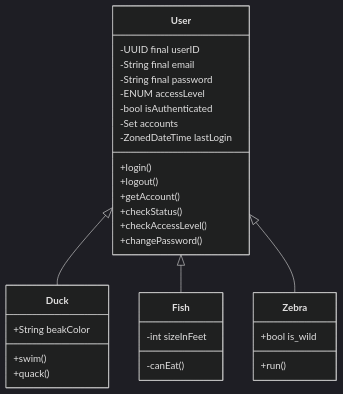
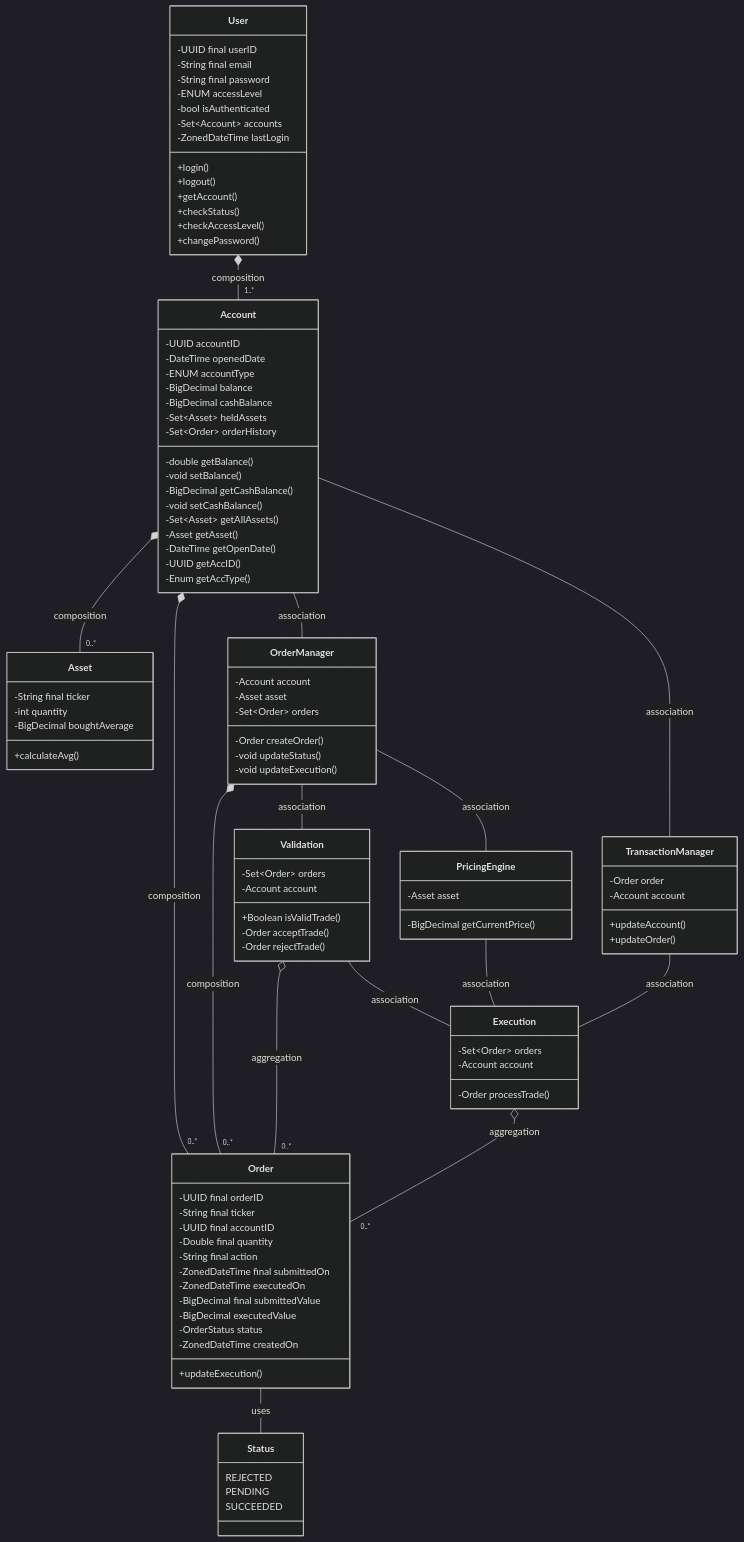
The diagram in diagrams/classes.mmd (monkey-business-stonks/monkey-business), drawn with Mermaid before and after one commit.

Commit message:
Completed Class Diagram

```diff
--- a/diagrams/classes.mmd
+++ b/diagrams/classes.mmd
@@ -1,41 +1,119 @@
 ---
 config:
     theme: dark
 ---
 classDiagram
-    %% Animal <|-- Duck
-    %% Animal <|-- Fish
-    %% Animal <|-- Zebra
-    %% Animal : +int age
-    %% Animal : +String gender
-    %% Animal: +isMammal()
-    %% Animal: +mate()
-    User <|-- Duck
-    User <|-- Fish
-    User <|-- Zebra
-    User : -UUID final userID
-    User : -String final email
-    User : -String final password
-    User : -ENUM accessLevel
-    User : -bool isAuthenticated
-    User : -Set<Account> accounts
-    User : -ZonedDateTime lastLogin
-    User : +login()
-    User : +logout()
-    User : +getAccount()
-    User : +checkStatus()
-    User : +checkAccessLevel()
-    User : +changePassword()
-    class Duck{
-      +String beakColor
-      +swim()
-      +quack()
+    %% Classes
+    class User {
+      -UUID final userID
+      -String final email
+      -String final password
+      -ENUM accessLevel
+      -bool isAuthenticated
+      -Set~Account~ accounts
+      -ZonedDateTime lastLogin
+      +login()
+      +logout()
+      +getAccount()
+      +checkStatus()
+      +checkAccessLevel()
+      +changePassword()
     }
-    class Fish{
-      -int sizeInFeet
-      -canEat()
+    
+    class Asset {
+      -String final ticker
+      -int quantity
+      -BigDecimal boughtAverage
+      +calculateAvg()
     }
-    class Zebra{
-      +bool is_wild
-      +run()
+    
+    class Account {
+      -UUID accountID
+      -DateTime openedDate
+      -ENUM accountType
+      -BigDecimal balance
+      -BigDecimal cashBalance
+      -Set~Asset~ heldAssets
+      -Set~Order~ orderHistory
+      -double getBalance()
+      -void setBalance()
+      -BigDecimal getCashBalance()
+      -void setCashBalance()
+      -Set~Asset~ getAllAssets()
+      -Asset getAsset()
+      -DateTime getOpenDate()
+      -UUID getAccID()
+      -Enum getAccType()
     }
+    
+    class Order {
+      -UUID final orderID
+      -String final ticker
+      -UUID final accountID
+      -Double final quantity
+      -String final action
+      -ZonedDateTime final submittedOn
+      -ZonedDateTime executedOn
+      -BigDecimal final submittedValue
+      -BigDecimal executedValue
+      -OrderStatus status
+      -ZonedDateTime createdOn
+      +updateExecution()
+    }
+    
+    class Status {
+      REJECTED
+      PENDING
+      SUCCEEDED
+    }
+    
+    class PricingEngine {
+      -Asset asset
+      -BigDecimal getCurrentPrice()
+    }
+    
+    class Validation {
+      -Set~Order~ orders
+      -Account account
+      +Boolean isValidTrade()
+      -Order acceptTrade()
+      -Order rejectTrade()
+    }
+    
+    class Execution {
+      -Set~Order~ orders
+      -Account account
+      -Order processTrade()
+    }
+    
+    class OrderManager {
+      -Account account
+      -Asset asset
+      -Set~Order~ orders
+      -Order createOrder()
+      -void updateStatus()
+      -void updateExecution()
+    }
+    
+    class TransactionManager {
+      -Order order
+      -Account account
+      +updateAccount()
+      +updateOrder()
+    }
+    
+    %% Relationships
+    User *-- "1..*" Account : composition
+    Account *-- "0..*" Asset : composition
+    Account *-- "0..*" Order : composition
+    OrderManager *-- "0..*" Order : composition
+    Validation o-- "0..*" Order : aggregation
+    Execution o-- "0..*" Order : aggregation
+    Account -- OrderManager : association
+    Account -- TransactionManager : association
+    OrderManager -- PricingEngine : association
+    OrderManager -- Validation : association
+    Validation -- Execution : association
+    PricingEngine -- Execution : association
+    TransactionManager -- Execution : association
+    Order -- Status : uses
```
